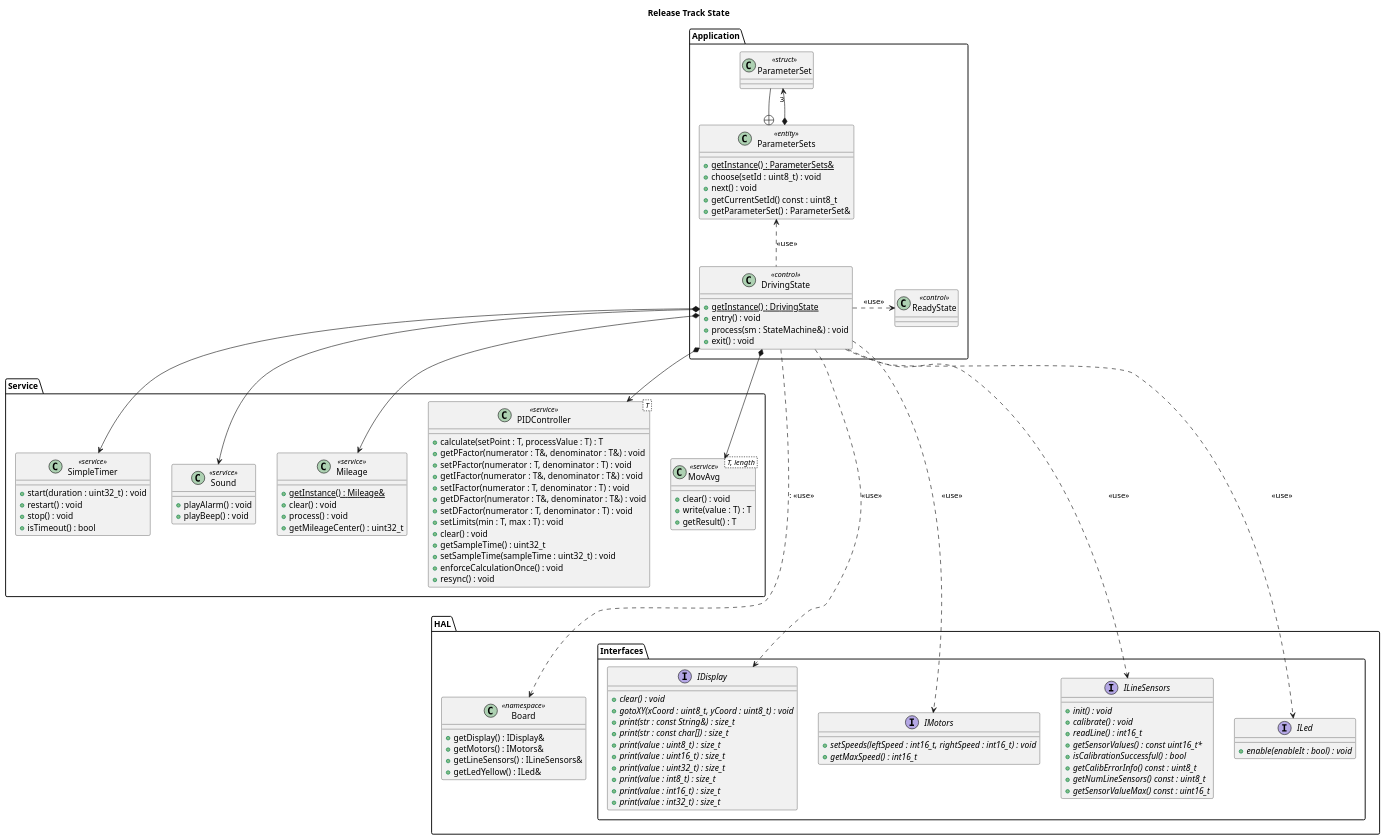
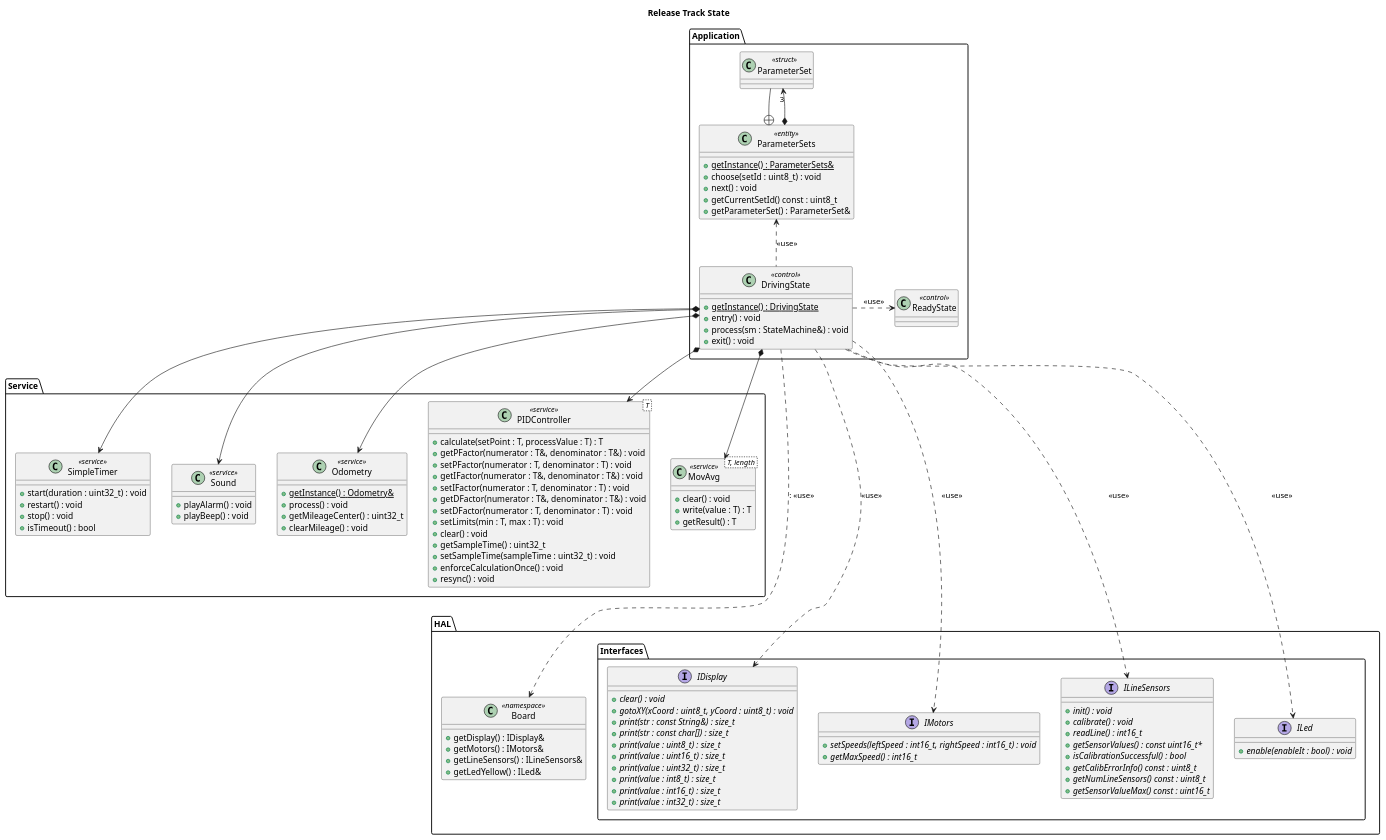
Before and after one commit to BlueAndi/RadonUlzer: the diagram in doc/architecture/uml/LogicalView/DrivingState.plantuml, drawn with PlantUML. The commit also changed 6 other files, not shown here.

Commit message:
Mileage replaced by Odometry.

```diff
--- a/doc/architecture/uml/LogicalView/DrivingState.plantuml
+++ b/doc/architecture/uml/LogicalView/DrivingState.plantuml
@@ -1,133 +1,133 @@
 @startuml
 
 title Release Track State
 
 package "Application" as appLayer {
 
     class DrivingState <<control>> {
         + {static} getInstance() : DrivingState
         + entry() : void
         + process(sm : StateMachine&) : void
         + exit() : void
     }
 
     class ReadyState <<control>>
 
     class ParameterSet <<struct>>
 
     class ParameterSets <<entity>> {
         + {static} getInstance() : ParameterSets&
         + choose(setId : uint8_t) : void
         + next() : void
         + getCurrentSetId() const : uint8_t
         + getParameterSet() : ParameterSet&
     }
 
     ParameterSet --+ ParameterSets
     ParameterSet "3" <--* ParameterSets
 
     DrivingState .r.> ReadyState: <<use>>
     DrivingState .u.> ParameterSets: <<use>>
 }
 
 package "Service" as serviceLayer {
 
     class SimpleTimer <<service>> {
         + start(duration : uint32_t) : void
         + restart() : void
         + stop() : void
         + isTimeout() : bool
     }
 
     class Sound <<service>> {
         + playAlarm() : void
         + playBeep() : void
     }
 
-    class Mileage <<service>> {
-        + {static} getInstance() : Mileage&
-        + clear() : void
+    class Odometry <<service>> {
+        + {static} getInstance() : Odometry&
         + process() : void
         + getMileageCenter() : uint32_t
+        + clearMileage() : void
     }
 
     class PIDController < T > <<service>> {
         + calculate(setPoint : T, processValue : T) : T
         + getPFactor(numerator : T&, denominator : T&) : void
         + setPFactor(numerator : T, denominator : T) : void
         + getIFactor(numerator : T&, denominator : T&) : void
         + setIFactor(numerator : T, denominator : T) : void
         + getDFactor(numerator : T&, denominator : T&) : void
         + setDFactor(numerator : T, denominator : T) : void
         + setLimits(min : T, max : T) : void
         + clear() : void
         + getSampleTime() : uint32_t
         + setSampleTime(sampleTime : uint32_t) : void
         + enforceCalculationOnce() : void
         + resync() : void
     }
 
     class MovAvg < T, length > <<service>> {
         + clear() : void
         + write(value : T) : T
         + getResult() : T
     }
 }
 
 package "HAL" as hal {
 
     package "Interfaces" as halInterfaces {
         interface IDisplay {
             + {abstract} clear() : void
             + {abstract} gotoXY(xCoord : uint8_t, yCoord : uint8_t) : void
             + {abstract} print(str : const String&) : size_t
             + {abstract} print(str : const char[]) : size_t
             + {abstract} print(value : uint8_t) : size_t
             + {abstract} print(value : uint16_t) : size_t
             + {abstract} print(value : uint32_t) : size_t
             + {abstract} print(value : int8_t) : size_t
             + {abstract} print(value : int16_t) : size_t
             + {abstract} print(value : int32_t) : size_t
         }
 
         interface IMotors {
             + {abstract} setSpeeds(leftSpeed : int16_t, rightSpeed : int16_t) : void
             + {abstract} getMaxSpeed() : int16_t
         }
 
         interface ILineSensors {
             + {abstract} init() : void
             + {abstract} calibrate() : void
             + {abstract} readLine() : int16_t
             + {abstract} getSensorValues() : const uint16_t*
             + {abstract} isCalibrationSuccessful() : bool
             + {abstract} getCalibErrorInfo() const : uint8_t
             + {abstract} getNumLineSensors() const : uint8_t
             + {abstract} getSensorValueMax() const : uint16_t
         }
 
         interface ILed {
             + {abstract} enable(enableIt : bool) : void
         }
     }
 
     class Board << namespace >> {
         + getDisplay() : IDisplay&
         + getMotors() : IMotors&
         + getLineSensors() : ILineSensors&
         + getLedYellow() : ILed&
     }
 }
 
 DrivingState *--> SimpleTimer
 DrivingState *--> Sound
-DrivingState *--> Mileage
+DrivingState *--> Odometry
 DrivingState *--> PIDController
 DrivingState *--> MovAvg
 DrivingState ...> IDisplay: <<use>>
 DrivingState ...> IMotors: <<use>>
 DrivingState ...> ILineSensors: <<use>>
 DrivingState ...> ILed: <<use>>
 DrivingState ...> Board:: <<use>>
 
 @enduml
```
